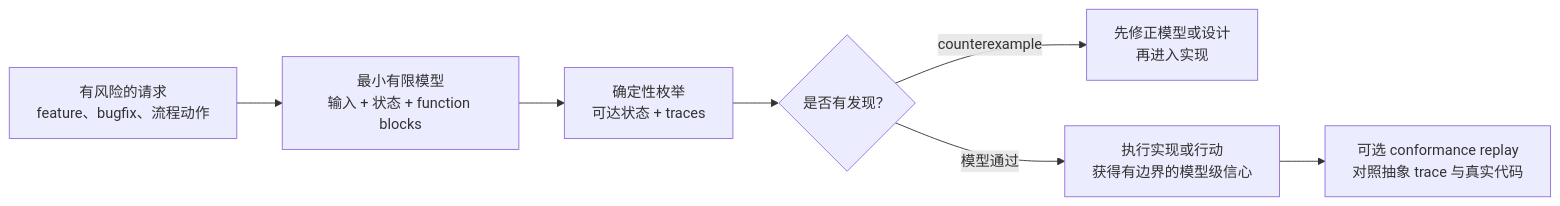
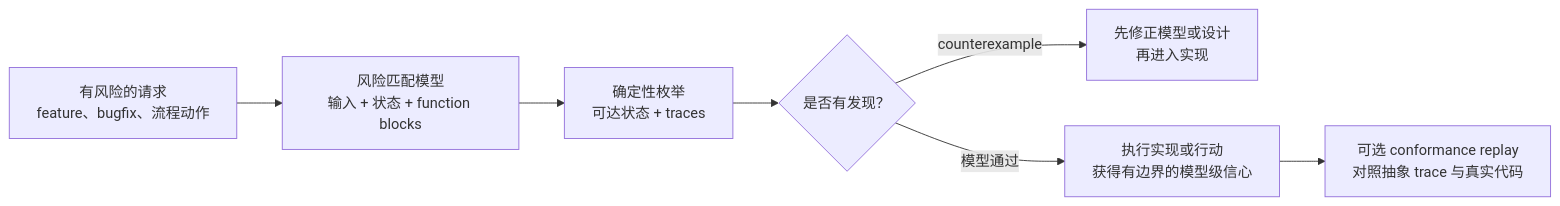
The second of 2 diagrams in README.md (liuyingxuvka/FlowGuard), drawn with Mermaid before and after one commit. The commit also changed other lines of this file and 8 other files, not shown here.

Commit message:
Clarify AI-created FlowGuard models

````diff
--- a/README.md
+++ b/README.md
@@ -899,9 +950,9 @@
 ```mermaid
 flowchart LR
-  A["有风险的请求<br/>feature、bugfix、流程动作"] --> B["最小有限模型<br/>输入 + 状态 + function blocks"]
+  A["有风险的请求<br/>feature、bugfix、流程动作"] --> B["风险匹配模型<br/>输入 + 状态 + function blocks"]
   B --> C["确定性枚举<br/>可达状态 + traces"]
   C --> D{"是否有发现？"}
   D -->|"counterexample"| E["先修正模型或设计<br/>再进入实现"]
   D -->|"模型通过"| F["执行实现或行动<br/>获得有边界的模型级信心"]
   F --> G["可选 conformance replay<br/>对照抽象 trace 与真实代码"]
 ```
````
